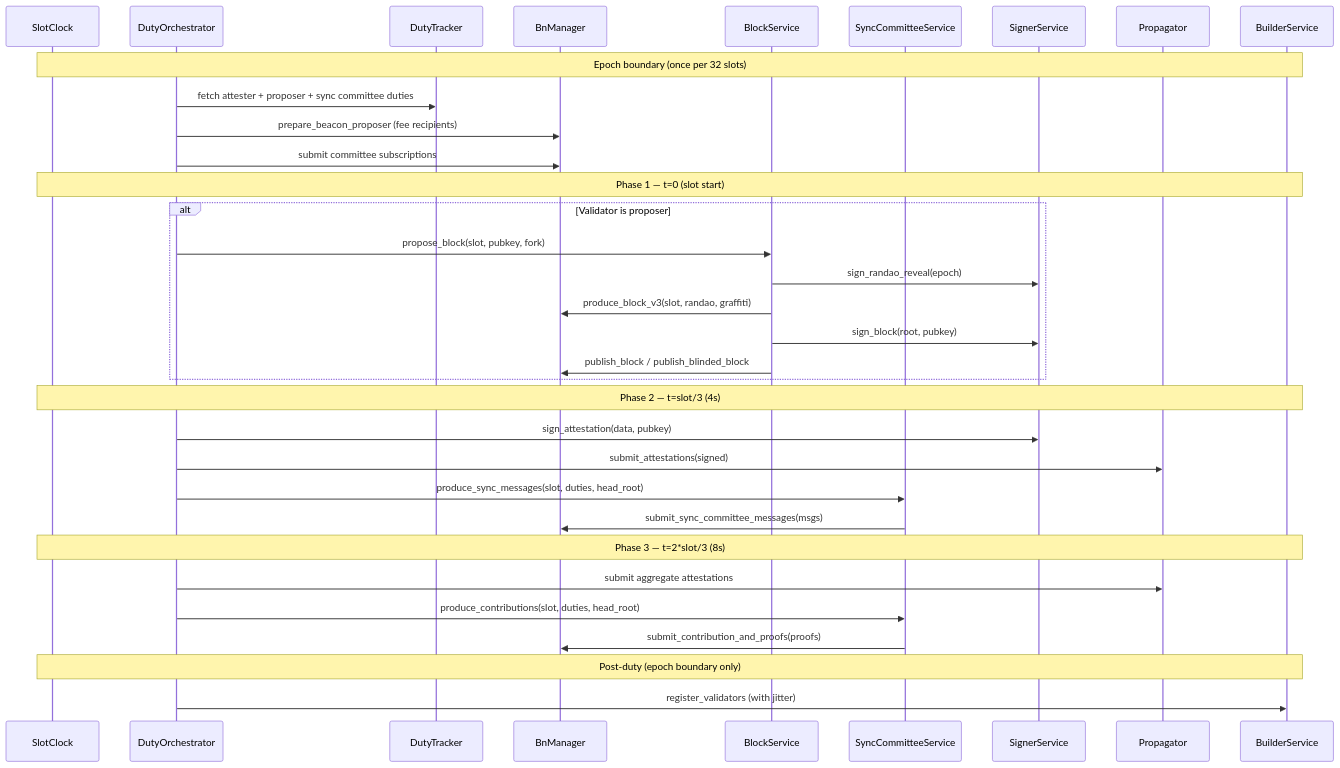
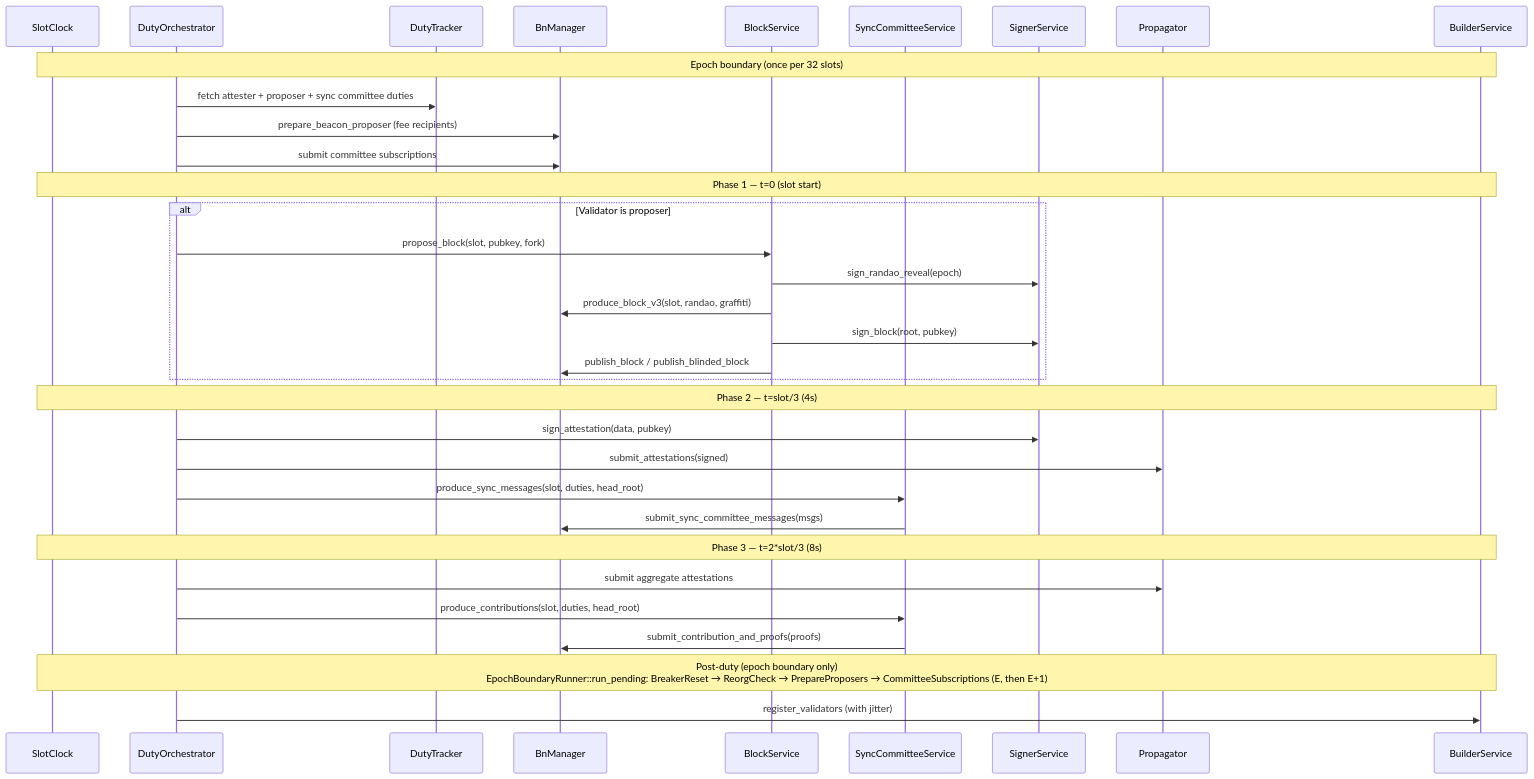
Before and after one commit to rootwarp/rvc: the fourth of 8 diagrams in ARCHITECTURE.md, drawn with Mermaid. The commit also changed 7 other files, not shown here.

Commit message:
chore(orchestrator): epoch boundary runner with one method per step (W4-E1)

````diff
--- a/ARCHITECTURE.md
+++ b/ARCHITECTURE.md
@@ -317,40 +317,40 @@
 ```mermaid
 sequenceDiagram
     participant Clock as SlotClock
     participant Orch as DutyOrchestrator
     participant DT as DutyTracker
     participant BNM as BnManager
     participant Block as BlockService
     participant Sync as SyncCommitteeService
     participant Signer as SignerService
     participant Prop as Propagator
     participant Builder as BuilderService
 
     Note over Clock,Builder: Epoch boundary (once per 32 slots)
     Orch->>DT: fetch attester + proposer + sync committee duties
     Orch->>BNM: prepare_beacon_proposer (fee recipients)
     Orch->>BNM: submit committee subscriptions
 
     Note over Clock,Builder: Phase 1 — t=0 (slot start)
     alt Validator is proposer
         Orch->>Block: propose_block(slot, pubkey, fork)
         Block->>Signer: sign_randao_reveal(epoch)
         Block->>BNM: produce_block_v3(slot, randao, graffiti)
         Block->>Signer: sign_block(root, pubkey)
         Block->>BNM: publish_block / publish_blinded_block
     end
 
     Note over Clock,Builder: Phase 2 — t=slot/3 (4s)
     Orch->>Signer: sign_attestation(data, pubkey)
     Orch->>Prop: submit_attestations(signed)
     Orch->>Sync: produce_sync_messages(slot, duties, head_root)
     Sync->>BNM: submit_sync_committee_messages(msgs)
 
     Note over Clock,Builder: Phase 3 — t=2*slot/3 (8s)
     Orch->>Prop: submit aggregate attestations
     Orch->>Sync: produce_contributions(slot, duties, head_root)
     Sync->>BNM: submit_contribution_and_proofs(proofs)
 
-    Note over Clock,Builder: Post-duty (epoch boundary only)
+    Note over Clock,Builder: Post-duty (epoch boundary only)<br/>EpochBoundaryRunner::run_pending: BreakerReset → ReorgCheck → PrepareProposers → CommitteeSubscriptions (E, then E+1)
     Orch->>Builder: register_validators (with jitter)
 ```
````
